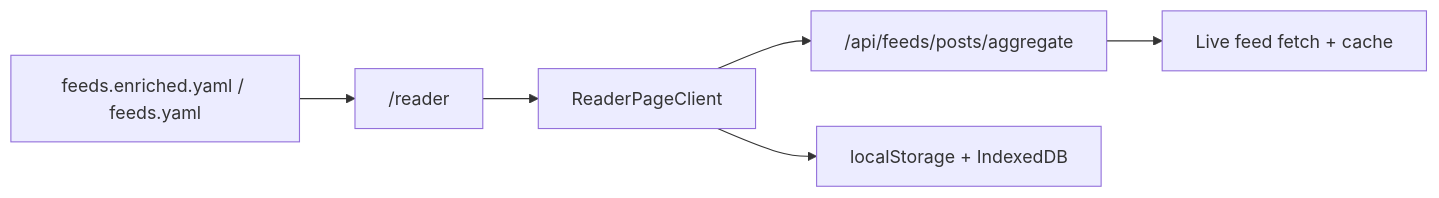
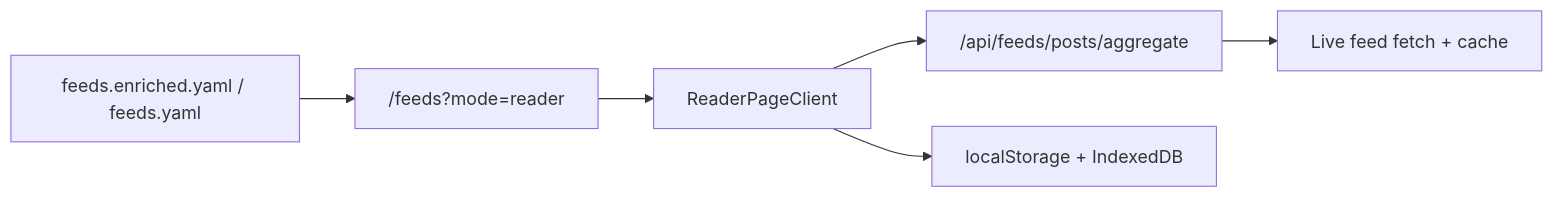
The diagram in apps/web/content/docs/features/reader.mdx (wyattowalsh/ai-web-feeds), drawn with Mermaid before and after one commit. The commit also changed other lines of this file and 5 other files, not shown here.

````diff
--- a/apps/web/content/docs/features/reader.mdx
+++ b/apps/web/content/docs/features/reader.mdx
@@ -41,8 +46,8 @@
 ```mermaid
 flowchart LR
-    catalog["feeds.enriched.yaml / feeds.yaml"] --> route["/reader"]
+    catalog["feeds.enriched.yaml / feeds.yaml"] --> route["/feeds?mode=reader"]
     route --> ui["ReaderPageClient"]
     ui --> aggregate["/api/feeds/posts/aggregate"]
     aggregate --> fetch["Live feed fetch + cache"]
     ui --> local["localStorage + IndexedDB"]
 ```
````
